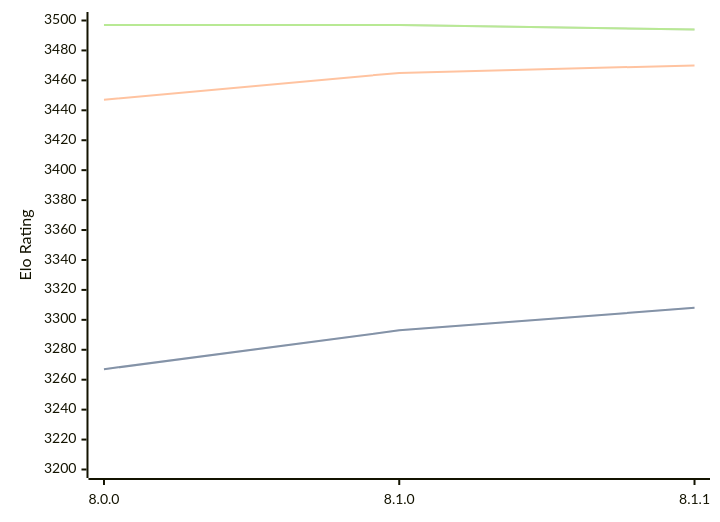
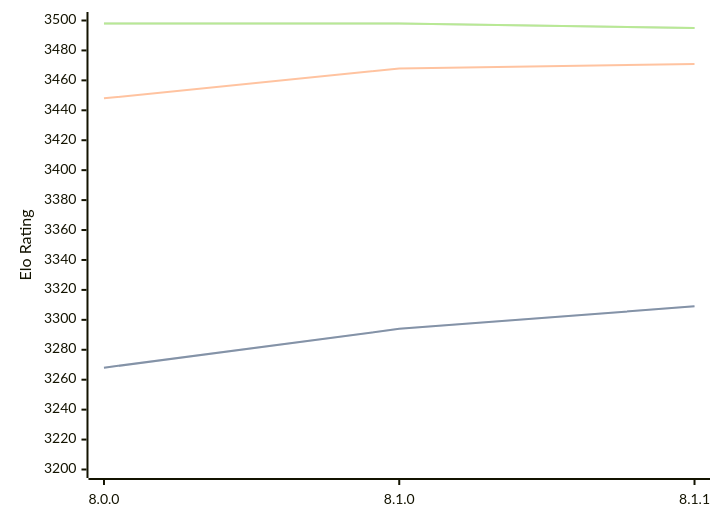
The diagram in engines/Velvet.md (computer-chess-index/cci), drawn with Mermaid before and after one commit. The commit also changed other lines of this file, not shown here.

Commit message:
Update CCI Ratings (ELO VLTC) - 2026-04-11

````diff
--- a/engines/Velvet.md
+++ b/engines/Velvet.md
@@ -57,11 +57,11 @@
 ```mermaid
 %%{init: {"theme":"base","themeVariables":{"seriesColors:['#a3a3a3','#222221','#faa371']}}}%%
 xychart-beta
   x-axis ["8.0.0", "8.1.0", "8.1.1"]
   y-axis "Elo Rating" 3200 --> 3500
-  line "STC (8.0+0.08s)" [3267, 3293, 3308]
-  line "STC (8.0+0.08s)" [3267, 3293, 3308]
-  line "LTC (60.0+0.60s)" [3447, 3465, 3470]
-  line "VLTC (2m24s+1.12s)" [3497, 3497, 3494]
-  line "VLTC (2m24s+1.12s)" [3497, 3497, 3494]
+  line "STC (8.0+0.08s)" [3268, 3294, 3309]
+  line "STC (8.0+0.08s)" [3268, 3294, 3309]
+  line "LTC (60.0+0.60s)" [3448, 3468, 3471]
+  line "VLTC (2m24s+1.12s)" [3498, 3498, 3495]
+  line "VLTC (2m24s+1.12s)" [3498, 3498, 3495]
 ```
````
